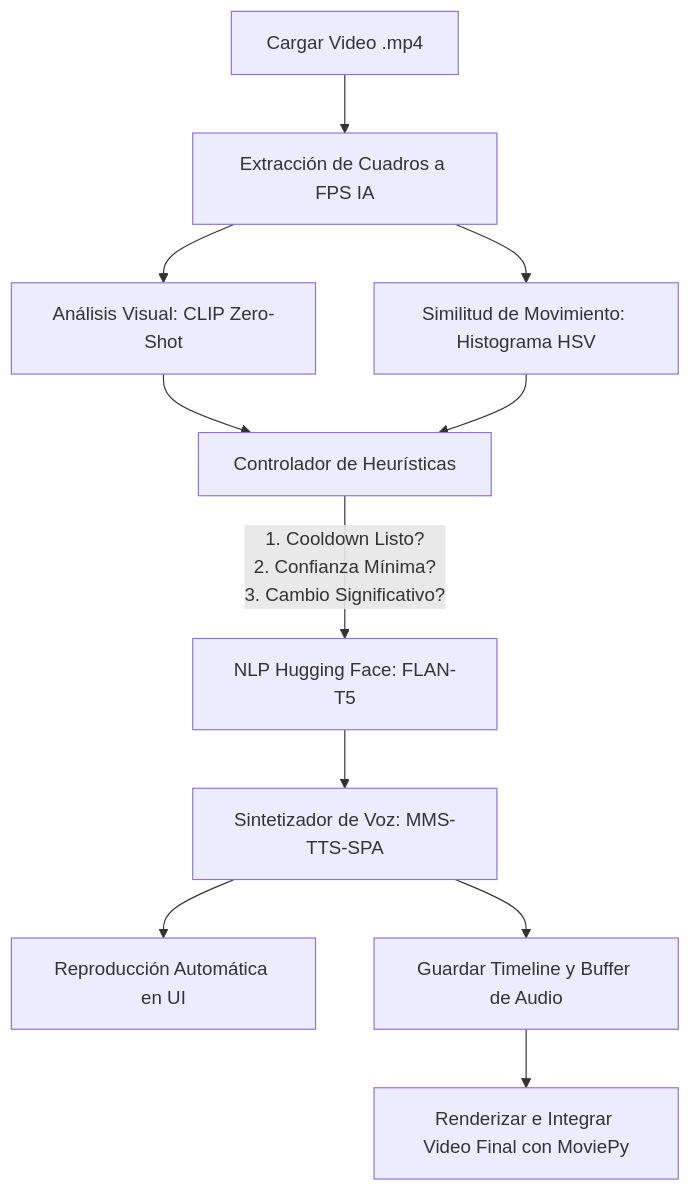
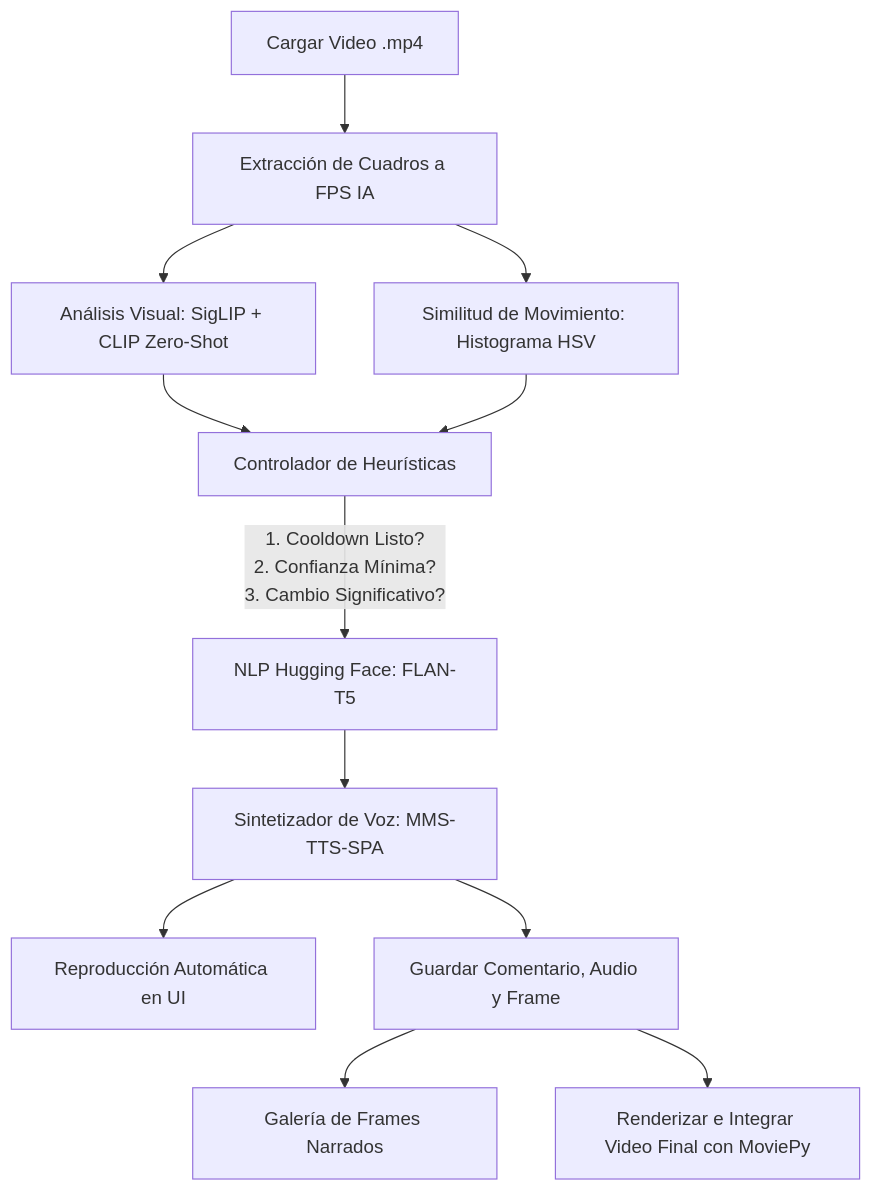
Before and after one commit to CristoSosa/Inteligencia-Artificial: the diagram in ComentaristaIA/README.md, drawn with Mermaid. The commit also changed other lines of this file and 2 other files, not shown here.

````diff
--- a/ComentaristaIA/README.md
+++ b/ComentaristaIA/README.md
@@ -11,13 +19,14 @@
 ```mermaid
 graph TD
     A[Cargar Video .mp4] --> B[Extracción de Cuadros a FPS IA]
-    B --> C[Análisis Visual: CLIP Zero-Shot]
+    B --> C[Análisis Visual: SigLIP + CLIP Zero-Shot]
     B --> D[Similitud de Movimiento: Histograma HSV]
     C --> E[Controlador de Heurísticas]
     D --> E
     E -->|1. Cooldown Listo?<br/>2. Confianza Mínima?<br/>3. Cambio Significativo?| F[NLP Hugging Face: FLAN-T5]
     F --> G[Sintetizador de Voz: MMS-TTS-SPA]
     G --> H[Reproducción Automática en UI]
-    G --> I[Guardar Timeline y Buffer de Audio]
-    I --> J[Renderizar e Integrar Video Final con MoviePy]
+    G --> I[Guardar Comentario, Audio y Frame]
+    I --> J[Galería de Frames Narrados]
+    I --> K[Renderizar e Integrar Video Final con MoviePy]
 ```
````
